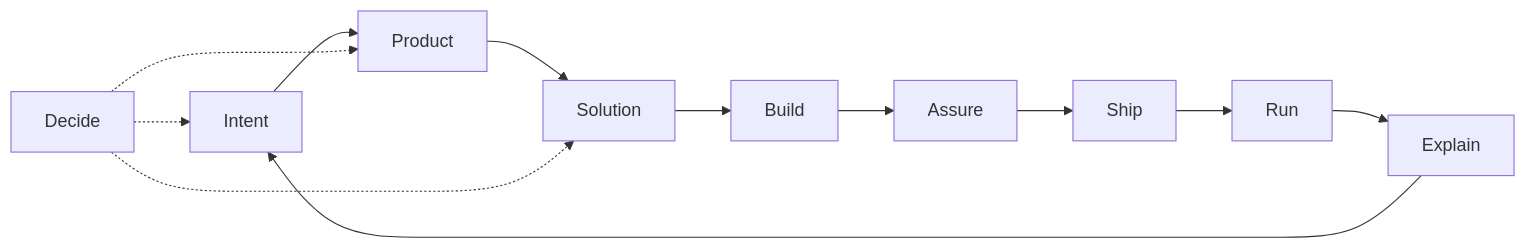
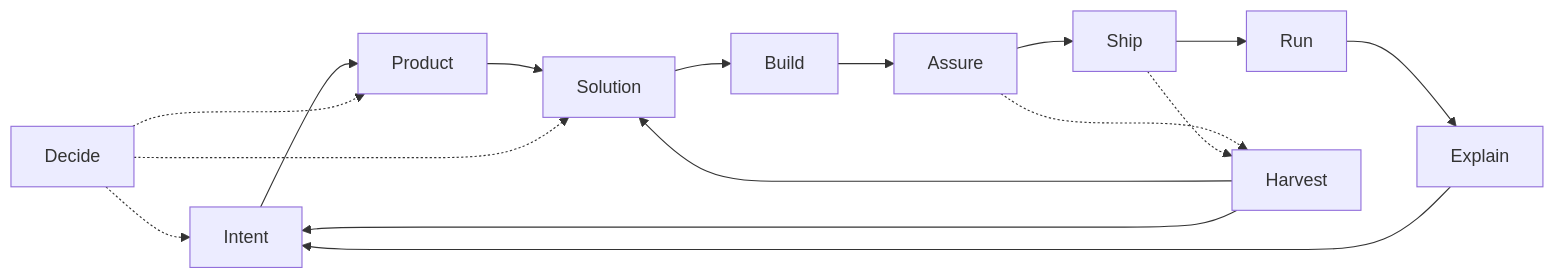
Before and after one commit to gildesmarais/dotfiles: the diagram in agents/skills/README.md, drawn with Mermaid. The commit also changed other lines of this file and 9 other files, not shown here.

````diff
--- a/agents/skills/README.md
+++ b/agents/skills/README.md
@@ -26,14 +26,18 @@
 ```mermaid
 flowchart LR
   Intent[Intent] --> Product[Product]
   Product --> Solution[Solution]
   Solution --> Build[Build]
   Build --> Assure[Assure]
   Assure --> Ship[Ship]
   Ship --> Run[Run]
   Run --> Explain[Explain]
   Explain --> Intent
+  Assure -.-> Harvest[Harvest]
+  Ship -.-> Harvest
+  Harvest --> Solution
+  Harvest --> Intent
   Decide[Decide] -.-> Intent
   Decide -.-> Product
   Decide -.-> Solution
 ```
````
